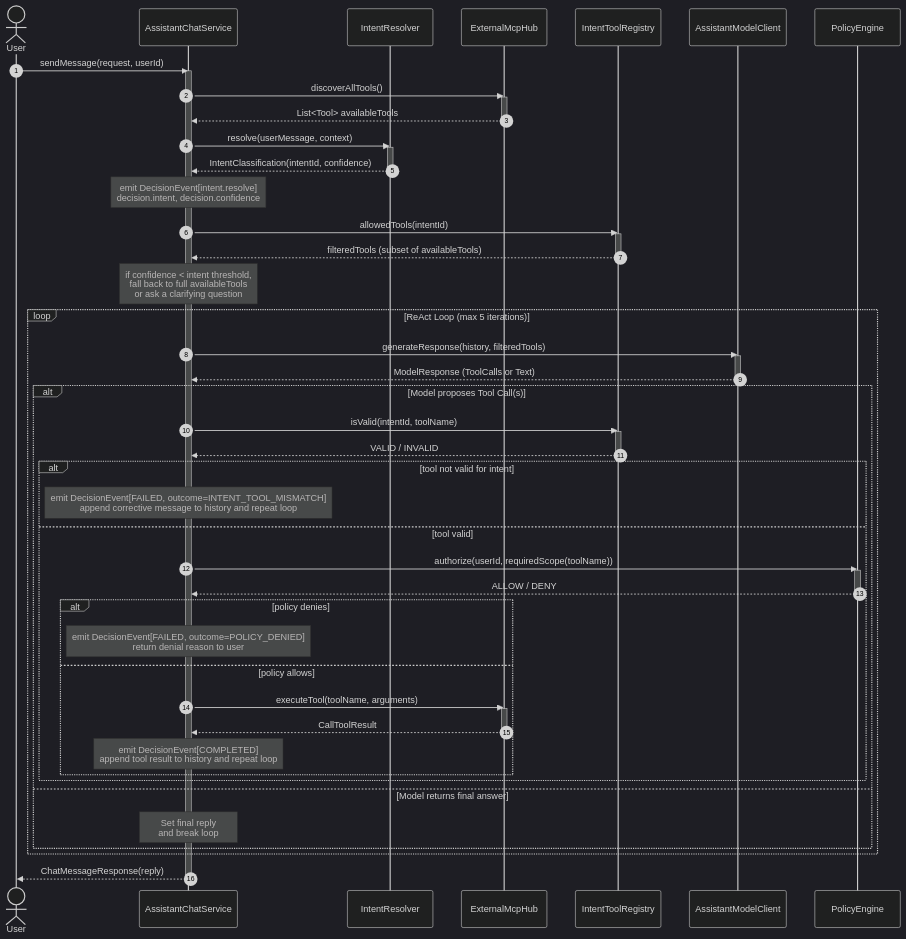
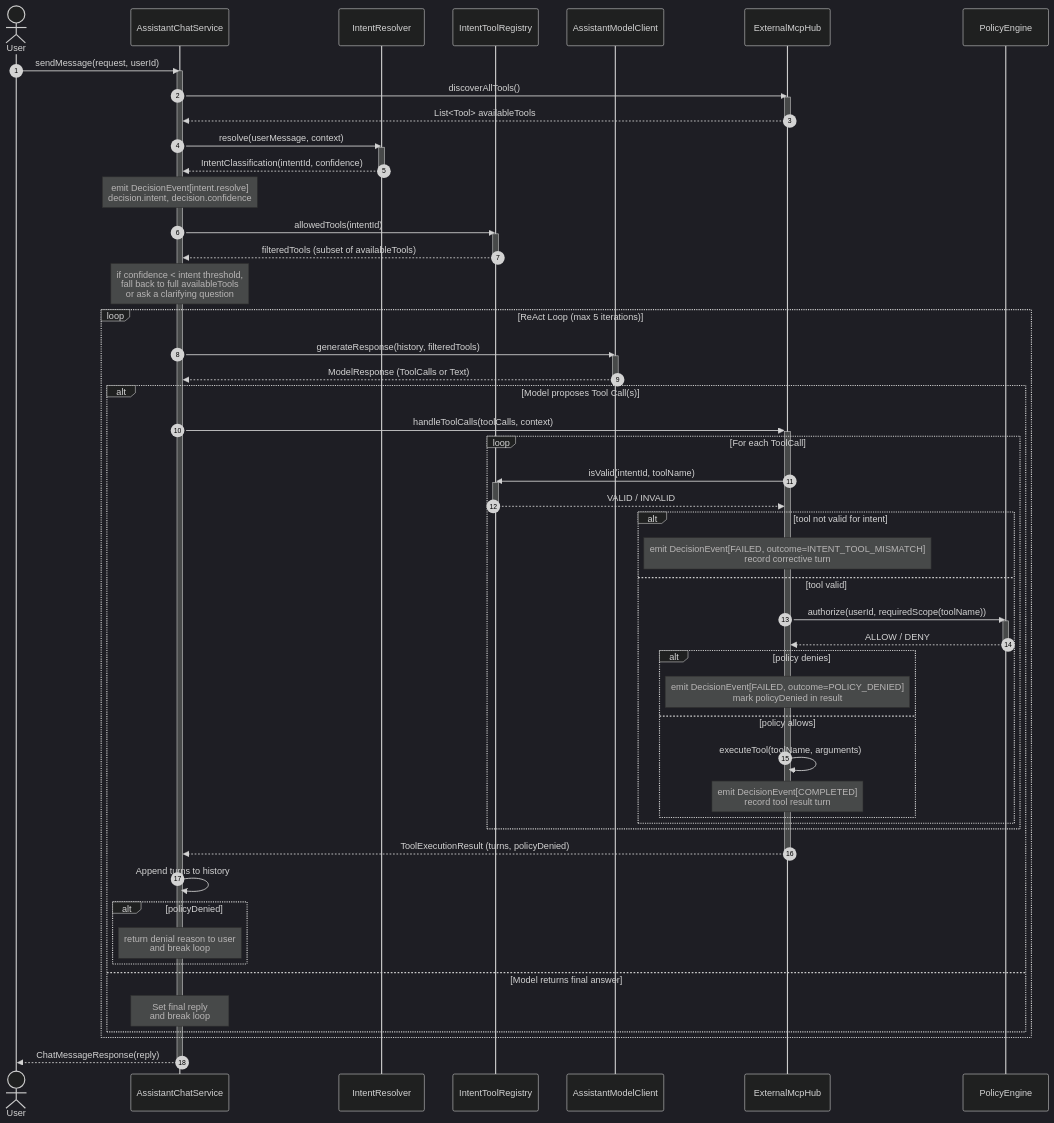
The diagram in src/java/03-Polaris/agent-sequence.md (vungdv/hometask1), drawn with Mermaid (dark theme) before and after one commit. The commit also changed other lines of this file and 20 other files, not shown here.

````diff
--- a/src/java/03-Polaris/agent-sequence.md
+++ b/src/java/03-Polaris/agent-sequence.md
@@ -7,72 +7,77 @@
 ```mermaid
 sequenceDiagram
     autonumber
     actor User
     participant ChatService as AssistantChatService
     participant IntentSvc as IntentResolver
-    participant McpHub as ExternalMcpHub
     participant Registry as IntentToolRegistry
     participant ModelClient as AssistantModelClient
+    participant McpHub as ExternalMcpHub
     participant Policy as PolicyEngine
 
     User->>ChatService: sendMessage(request, userId)
     activate ChatService
 
     %% 1. Discover available tools
     ChatService->>McpHub: discoverAllTools()
     activate McpHub
     McpHub-->>ChatService: List<Tool> availableTools
     deactivate McpHub
 
     %% 2. Resolve intent once per turn
     ChatService->>IntentSvc: resolve(userMessage, context)
     activate IntentSvc
     IntentSvc-->>ChatService: IntentClassification(intentId, confidence)
     deactivate IntentSvc
     Note over ChatService: emit DecisionEvent[intent.resolve]<br/>decision.intent, decision.confidence
 
     ChatService->>Registry: allowedTools(intentId)
     activate Registry
     Registry-->>ChatService: filteredTools (subset of availableTools)
     deactivate Registry
     Note over ChatService: if confidence < intent threshold,<br/>fall back to full availableTools<br/>or ask a clarifying question
 
     %% 3. ReAct execution loop
     loop ReAct Loop (max 5 iterations)
         ChatService->>ModelClient: generateResponse(history, filteredTools)
         activate ModelClient
         ModelClient-->>ChatService: ModelResponse (ToolCalls or Text)
         deactivate ModelClient
 
         alt Model proposes Tool Call(s)
-            ChatService->>Registry: isValid(intentId, toolName)
-            activate Registry
-            Registry-->>ChatService: VALID / INVALID
-            deactivate Registry
+            ChatService->>+McpHub: handleToolCalls(toolCalls, context)
+            loop For each ToolCall
+                McpHub->>Registry: isValid(intentId, toolName)
+                activate Registry
+                Registry-->>McpHub: VALID / INVALID
+                deactivate Registry
 
-            alt tool not valid for intent
-                Note over ChatService: emit DecisionEvent[FAILED, outcome=INTENT_TOOL_MISMATCH]<br/>append corrective message to history and repeat loop
-            else tool valid
-                ChatService->>Policy: authorize(userId, requiredScope(toolName))
-                activate Policy
-                Policy-->>ChatService: ALLOW / DENY
-                deactivate Policy
+                alt tool not valid for intent
+                    Note over McpHub: emit DecisionEvent[FAILED, outcome=INTENT_TOOL_MISMATCH]<br/>record corrective turn
+                else tool valid
+                    McpHub->>Policy: authorize(userId, requiredScope(toolName))
+                    activate Policy
+                    Policy-->>McpHub: ALLOW / DENY
+                    deactivate Policy
 
-                alt policy denies
-                    Note over ChatService: emit DecisionEvent[FAILED, outcome=POLICY_DENIED]<br/>return denial reason to user
-                else policy allows
-                    ChatService->>McpHub: executeTool(toolName, arguments)
-                    activate McpHub
-                    McpHub-->>ChatService: CallToolResult
-                    deactivate McpHub
-                    Note over ChatService: emit DecisionEvent[COMPLETED]<br/>append tool result to history and repeat loop
+                    alt policy denies
+                        Note over McpHub: emit DecisionEvent[FAILED, outcome=POLICY_DENIED]<br/>mark policyDenied in result
+                    else policy allows
+                        McpHub->>McpHub: executeTool(toolName, arguments)
+                        Note over McpHub: emit DecisionEvent[COMPLETED]<br/>record tool result turn
+                    end
                 end
+            end
+            McpHub-->>-ChatService: ToolExecutionResult (turns, policyDenied)
+            ChatService->>ChatService: Append turns to history
+            alt policyDenied
+                Note over ChatService: return denial reason to user<br/>and break loop
             end
         else Model returns final answer
             Note over ChatService: Set final reply<br/>and break loop
         end
     end
 
     ChatService-->>User: ChatMessageResponse(reply)
     deactivate ChatService
 ```
````
